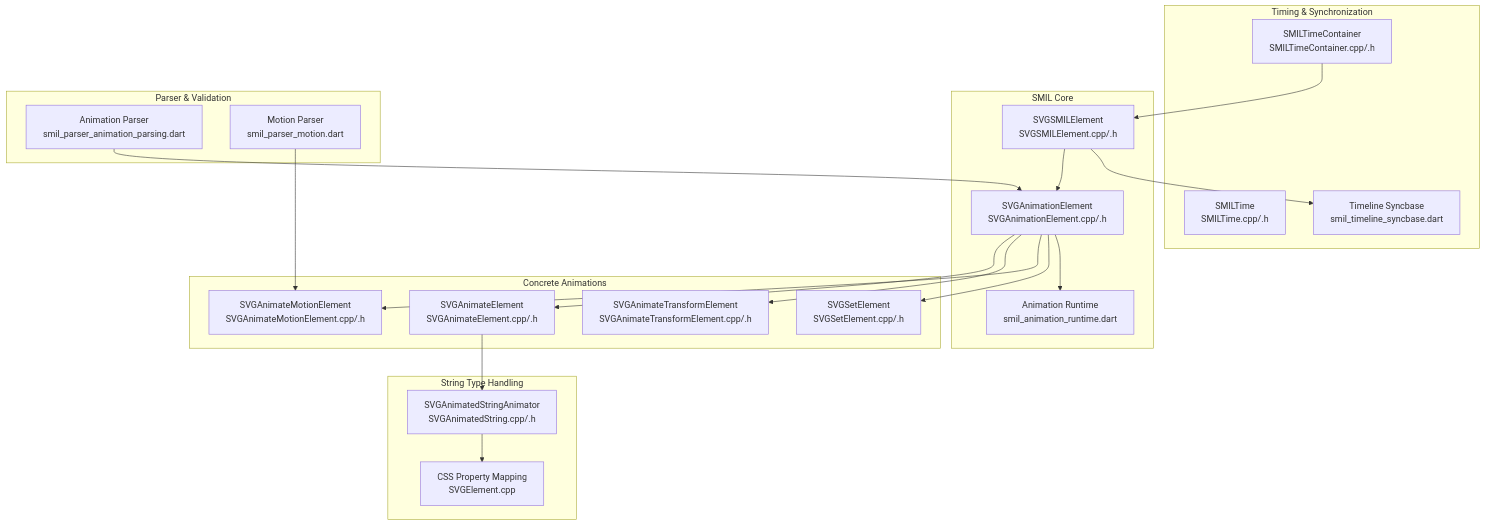
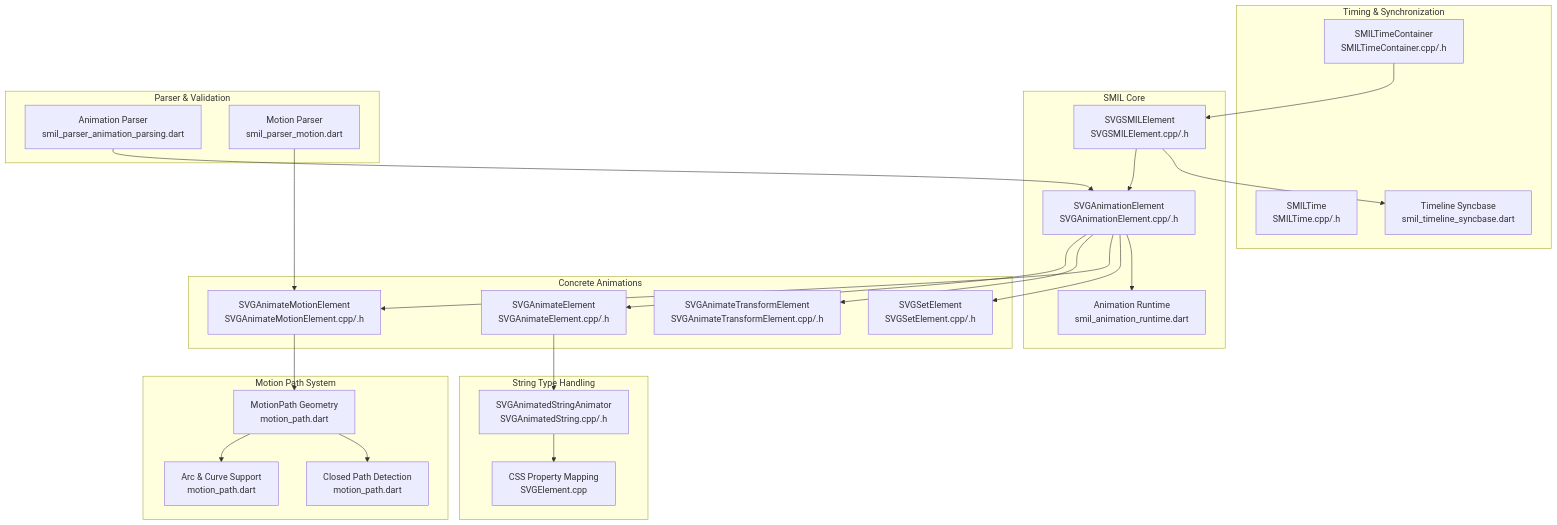
One commit to denisnadey/flutter_full_svg_support changed the first of 12 diagrams in .qoder/repowiki/en/content/Animated SVG Support/SMIL Animation Specification/SMIL Animation Specification.md. Above: the diagram before and after it, drawn with Mermaid. The commit also changed other lines of this file and 18 other files, not shown here.

First line of the commit message:
feat(smil): enhance animation runtime with discrete calcMode and motion path improvements

````diff
--- a/.qoder/repowiki/en/content/Animated SVG Support/SMIL Animation Specification/SMIL Animation Specification.md
+++ b/.qoder/repowiki/en/content/Animated SVG Support/SMIL Animation Specification/SMIL Animation Specification.md
@@ -69,39 +73,47 @@
 ```mermaid
 graph TB
 subgraph "Timing & Synchronization"
 T1["SMILTime<br/>SMILTime.cpp/.h"]
 T2["SMILTimeContainer<br/>SMILTimeContainer.cpp/.h"]
 TS["Timeline Syncbase<br/>smil_timeline_syncbase.dart"]
 end
 subgraph "SMIL Core"
 S1["SVGSMILElement<br/>SVGSMILElement.cpp/.h"]
 A1["SVGAnimationElement<br/>SVGAnimationElement.cpp/.h"]
 AR["Animation Runtime<br/>smil_animation_runtime.dart"]
 end
 subgraph "Concrete Animations"
 E1["SVGAnimateElement<br/>SVGAnimateElement.cpp/.h"]
 E2["SVGAnimateTransformElement<br/>SVGAnimateTransformElement.cpp/.h"]
 E3["SVGAnimateMotionElement<br/>SVGAnimateMotionElement.cpp/.h"]
 E4["SVGSetElement<br/>SVGSetElement.cpp/.h"]
 end
 subgraph "String Type Handling"
 ST1["SVGAnimatedStringAnimator<br/>SVGAnimatedString.cpp/.h"]
 ST2["CSS Property Mapping<br/>SVGElement.cpp"]
 end
 subgraph "Parser & Validation"
 P1["Animation Parser<br/>smil_parser_animation_parsing.dart"]
 P2["Motion Parser<br/>smil_parser_motion.dart"]
 end
+subgraph "Motion Path System"
+MP1["MotionPath Geometry<br/>motion_path.dart"]
+MP2["Arc & Curve Support<br/>motion_path.dart"]
+MP3["Closed Path Detection<br/>motion_path.dart"]
+end
 T2 --> S1
 S1 --> A1
 A1 --> E1
 A1 --> E2
 A1 --> E3
 A1 --> E4
 E1 --> ST1
 ST1 --> ST2
 S1 --> TS
 A1 --> AR
 P1 --> A1
 P2 --> E3
+E3 --> MP1
+MP1 --> MP2
+MP1 --> MP3
 ```
````
